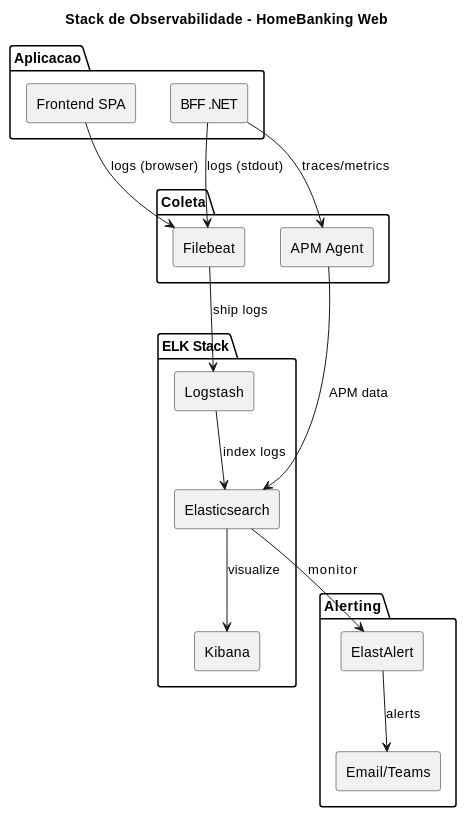
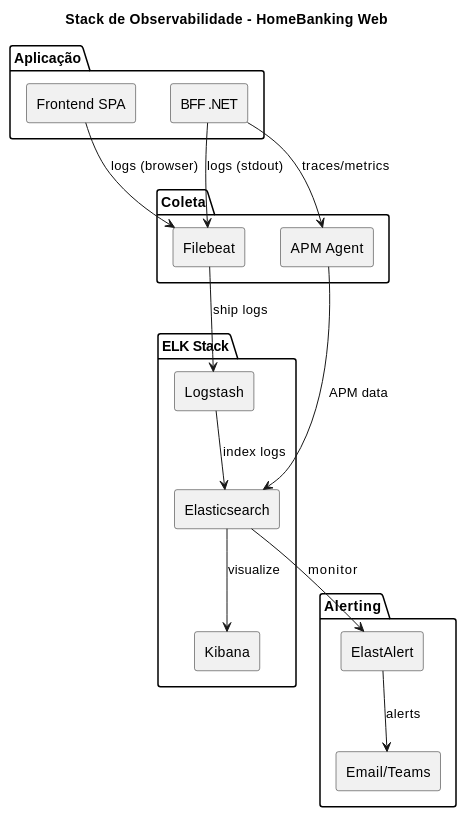
One commit to beduardo/novobanco_website_doc changed the first of 4 diagrams in current/definitions/DEF-11-observabilidade-operacoes.md. Above: the diagram before and after it, drawn with PlantUML. The commit also changed other lines of this file and 182 other files, not shown here.

````diff
--- a/current/definitions/DEF-11-observabilidade-operacoes.md
+++ b/current/definitions/DEF-11-observabilidade-operacoes.md
@@ -33,42 +33,42 @@
 ```plantuml
 @startuml
 skinparam backgroundColor white
 skinparam componentStyle rectangle
 
 title Stack de Observabilidade - HomeBanking Web
 
-package "Aplicacao" {
+package "Aplicação" {
     [Frontend SPA] as fe
     [BFF .NET] as bff
 }
 
 package "Coleta" {
     [Filebeat] as filebeat
     [APM Agent] as apm
 }
 
 package "ELK Stack" {
     [Logstash] as logstash
     [Elasticsearch] as es
     [Kibana] as kibana
 }
 
 package "Alerting" {
     [ElastAlert] as elastalert
     [Email/Teams] as notify
 }
 
 fe --> filebeat : logs (browser)
 bff --> filebeat : logs (stdout)
 bff --> apm : traces/metrics
 
 filebeat --> logstash : ship logs
 apm --> es : APM data
 logstash --> es : index logs
 
 es --> kibana : visualize
 es --> elastalert : monitor
 elastalert --> notify : alerts
 
 @enduml
 ```
````
